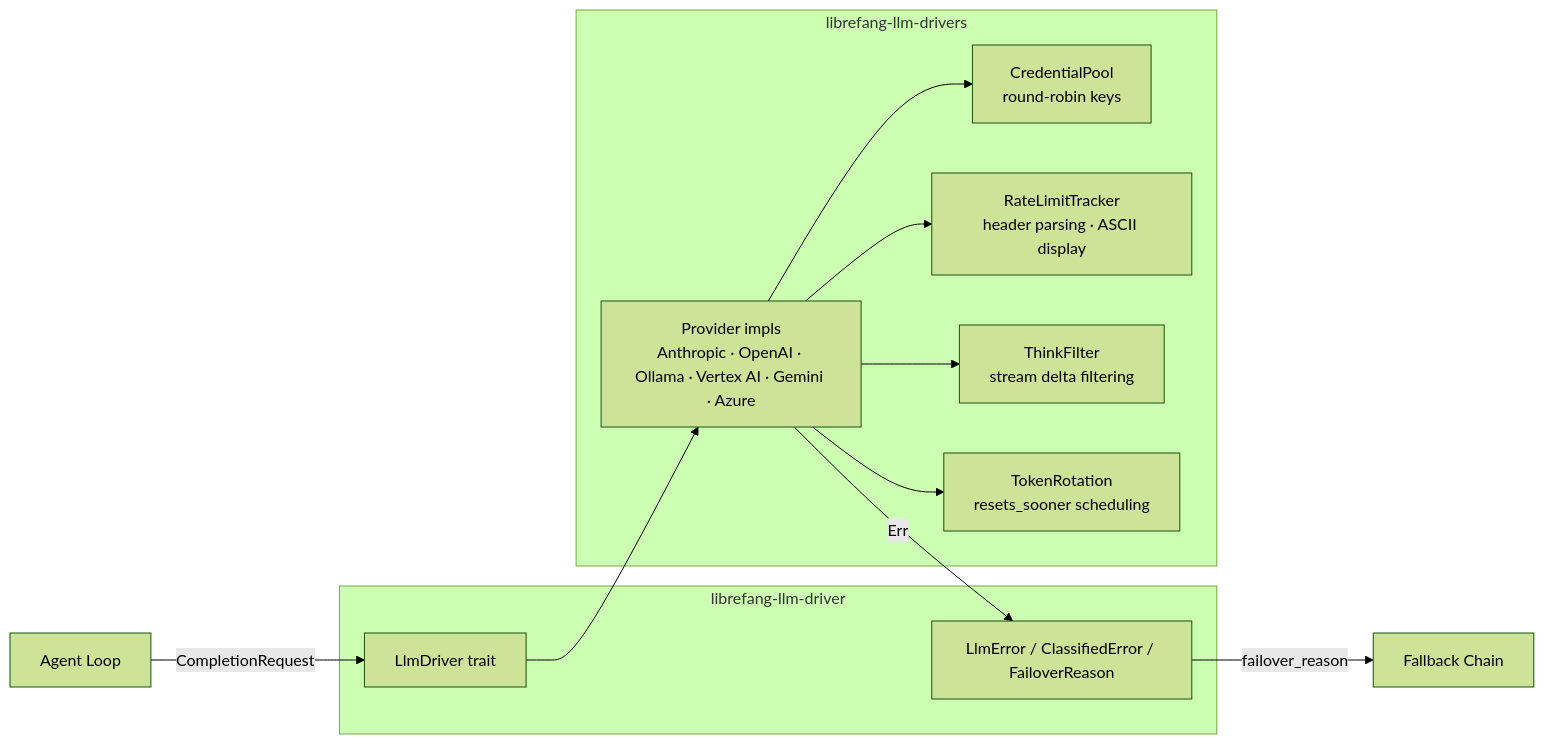
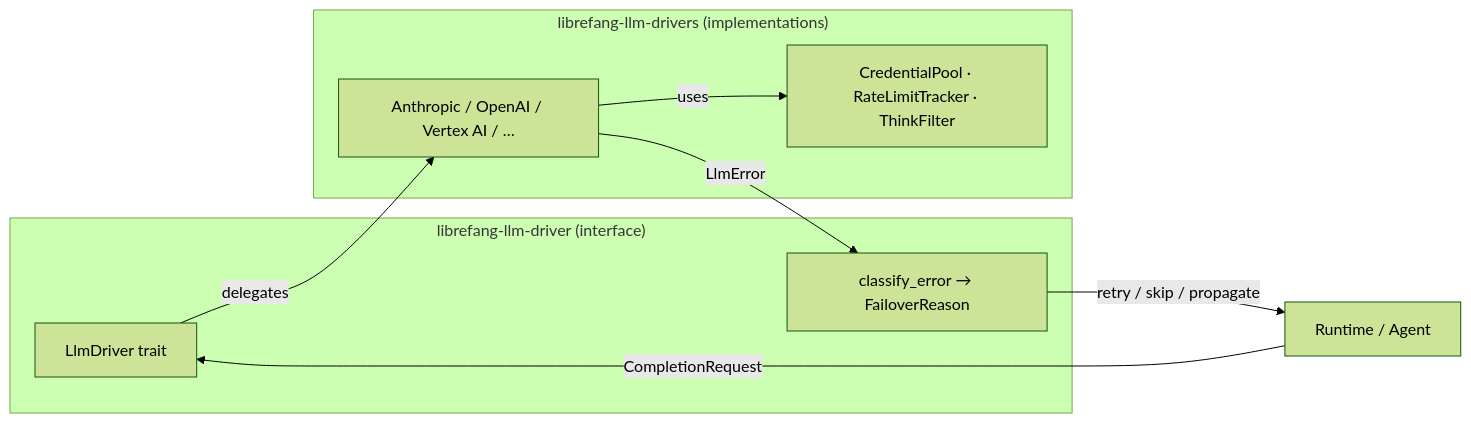
Before and after one commit to leszek3737/librefang-WIki: the diagram in llm-drivers.md, drawn with Mermaid (forest theme). The commit also changed other lines of this file and 93 other files, not shown here.

````diff
--- a/llm-drivers.md
+++ b/llm-drivers.md
@@ -18,24 +16,18 @@
 ```mermaid
 graph LR
-    subgraph librefang-llm-driver
-        Trait[LlmDriver trait]
-        Err[LlmError / ClassifiedError / FailoverReason]
+    subgraph "librefang-llm-driver (interface)"
+        LT[LlmDriver trait]
+        ERR[classify_error → FailoverReason]
     end
 
-    subgraph librefang-llm-drivers
-        Providers[Provider impls<br/>Anthropic · OpenAI · Ollama · Vertex AI · Gemini · Azure]
-        Pool[CredentialPool<br/>round-robin keys]
-        RL[RateLimitTracker<br/>header parsing · ASCII display]
-        TF[ThinkFilter<br/>stream delta filtering]
-        TR[TokenRotation<br/>resets_sooner scheduling]
+    subgraph "librefang-llm-drivers (implementations)"
+        DRV[Anthropic / OpenAI / Vertex AI / …]
+        INF[CredentialPool · RateLimitTracker · ThinkFilter]
     end
 
-    Agent[Agent Loop] -->|CompletionRequest| Trait
-    Trait --> Providers
-    Providers --> Pool
-    Providers --> RL
-    Providers --> TF
-    Providers --> TR
-    Providers -->|Err| Err
-    Err -->|failover_reason| FallbackChain[Fallback Chain]
+    CALLER[Runtime / Agent] -->|CompletionRequest| LT
+    LT -->|delegates| DRV
+    DRV -->|uses| INF
+    DRV -->|LlmError| ERR
+    ERR -->|retry / skip / propagate| CALLER
 ```
````
